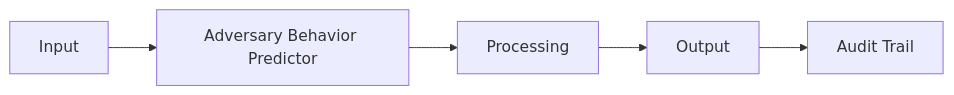
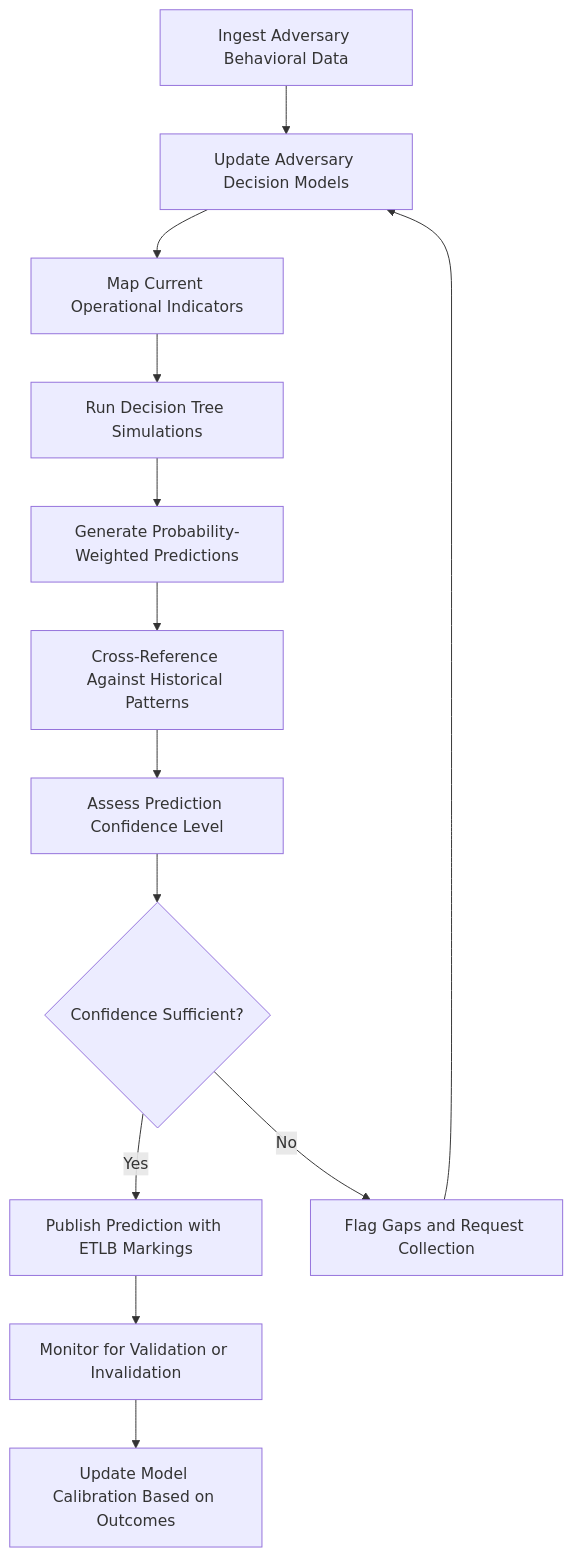
Before and after one commit to andrew-leo-2024/marketplace-docs: the diagram in docs/audiences/02-defense-security/adversary-behavior-predictor.mdx, drawn with Mermaid. The commit also changed other lines of this file and 401 other files, not shown here.

````diff
--- a/docs/audiences/02-defense-security/adversary-behavior-predictor.mdx
+++ b/docs/audiences/02-defense-security/adversary-behavior-predictor.mdx
@@ -29,7 +35,15 @@
 ```mermaid
-graph LR
-    A[Input] --> B[Adversary Behavior Predictor]
-    B --> C[Processing]
-    C --> D[Output]
-    D --> E[Audit Trail]
+graph TD
+    A[Ingest Adversary Behavioral Data] --> B[Update Adversary Decision Models]
+    B --> C[Map Current Operational Indicators]
+    C --> D[Run Decision Tree Simulations]
+    D --> E[Generate Probability-Weighted Predictions]
+    E --> F[Cross-Reference Against Historical Patterns]
+    F --> G[Assess Prediction Confidence Level]
+    G --> H{Confidence Sufficient?}
+    H -->|Yes| I[Publish Prediction with ETLB Markings]
+    H -->|No| J[Flag Gaps and Request Collection]
+    I --> K[Monitor for Validation or Invalidation]
+    J --> B
+    K --> L[Update Model Calibration Based on Outcomes]
 ```
````
